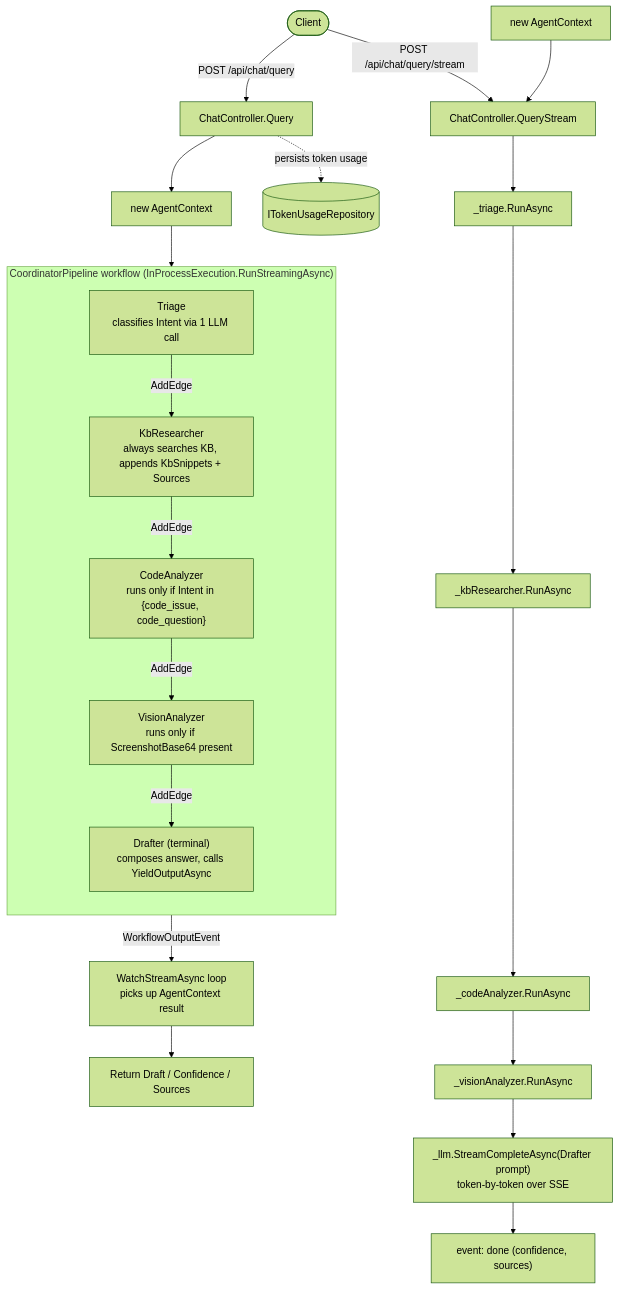
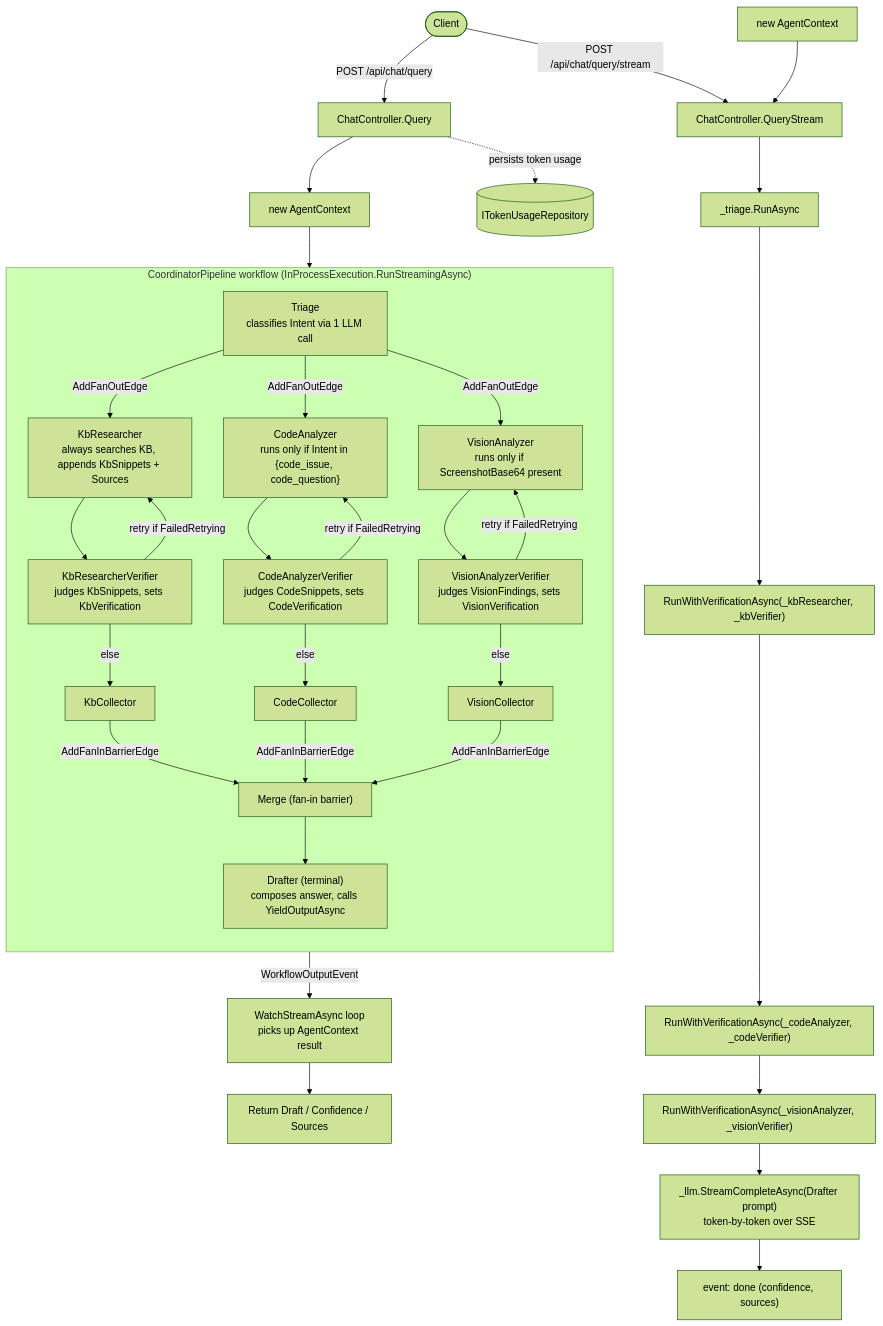
Before and after one commit to roiveredritesh/SupportForge-AI: the diagram in docs/agentic-pipeline.md, drawn with Mermaid (forest theme). The commit also changed other lines of this file, not shown here.

First line of the commit message:
docs(pipeline): correct agentic-pipeline.md to the real 8-component graph

````diff
--- a/docs/agentic-pipeline.md
+++ b/docs/agentic-pipeline.md
@@ -37,30 +50,61 @@
 ```mermaid
 flowchart TD
     Client([Client]) -->|POST /api/chat/query| QueryEP[ChatController.Query]
     Client -->|POST /api/chat/query/stream| StreamEP[ChatController.QueryStream]
 
     QueryEP --> NewCtx1[new AgentContext]
     NewCtx1 --> Workflow
 
     subgraph Workflow["CoordinatorPipeline workflow (InProcessExecution.RunStreamingAsync)"]
         direction TB
         Triage["Triage\nclassifies Intent via 1 LLM call"]
+
         Kb["KbResearcher\nalways searches KB, appends KbSnippets + Sources"]
+        KbV["KbResearcherVerifier\njudges KbSnippets, sets KbVerification"]
+        KbC["KbCollector"]
+
         Code["CodeAnalyzer\nruns only if Intent in {code_issue, code_question}"]
+        CodeV["CodeAnalyzerVerifier\njudges CodeSnippets, sets CodeVerification"]
+        CodeC["CodeCollector"]
+
         Vision["VisionAnalyzer\nruns only if ScreenshotBase64 present"]
+        VisionV["VisionAnalyzerVerifier\njudges VisionFindings, sets VisionVerification"]
+        VisionC["VisionCollector"]
+
+        Merge["Merge (fan-in barrier)"]
         Draft["Drafter (terminal)\ncomposes answer, calls YieldOutputAsync"]
-        Triage -->|AddEdge| Kb -->|AddEdge| Code -->|AddEdge| Vision -->|AddEdge| Draft
+
+        Triage -->|AddFanOutEdge| Kb
+        Triage -->|AddFanOutEdge| Code
+        Triage -->|AddFanOutEdge| Vision
+
+        Kb --> KbV
+        KbV -->|retry if FailedRetrying| Kb
+        KbV -->|else| KbC
+
+        Code --> CodeV
+        CodeV -->|retry if FailedRetrying| Code
+        CodeV -->|else| CodeC
+
+        Vision --> VisionV
+        VisionV -->|retry if FailedRetrying| Vision
+        VisionV -->|else| VisionC
+
+        KbC -->|AddFanInBarrierEdge| Merge
+        CodeC -->|AddFanInBarrierEdge| Merge
+        VisionC -->|AddFanInBarrierEdge| Merge
+        Merge --> Draft
     end
 
     Draft -->|WorkflowOutputEvent| Watch[WatchStreamAsync loop\npicks up AgentContext result]
     Watch --> Resp1[Return Draft / Confidence / Sources]
     QueryEP -.persists token usage.-> TokenRepo[(ITokenUsageRepository)]
 
     NewCtx2[new AgentContext] --> StreamEP
     StreamEP --> SeqTriage[_triage.RunAsync]
-    SeqTriage --> SeqKb[_kbResearcher.RunAsync]
-    SeqKb --> SeqCode[_codeAnalyzer.RunAsync]
-    SeqCode --> SeqVision[_visionAnalyzer.RunAsync]
+    SeqTriage --> SeqKb["RunWithVerificationAsync(_kbResearcher, _kbVerifier)"]
+    SeqKb --> SeqCode["RunWithVerificationAsync(_codeAnalyzer, _codeVerifier)"]
+    SeqCode --> SeqVision["RunWithVerificationAsync(_visionAnalyzer, _visionVerifier)"]
     SeqVision --> SSE["_llm.StreamCompleteAsync(Drafter prompt)\ntoken-by-token over SSE"]
     SSE --> Resp2["event: done (confidence, sources)"]
 ```
````
